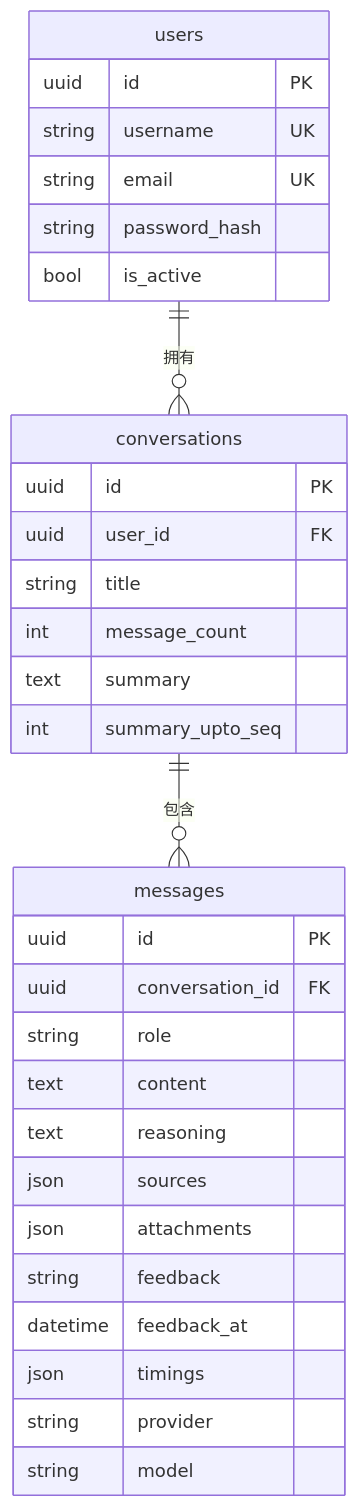
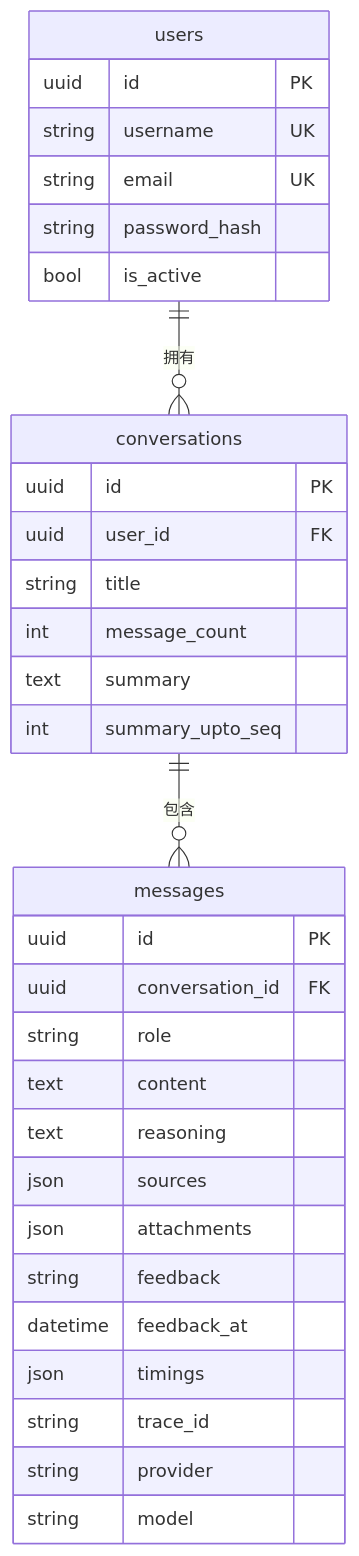
The diagram in docs/database.md (HoarHam/Bidding_QA_Chatbot), drawn with Mermaid before and after one commit. The commit also changed other lines of this file and 27 other files, not shown here.

````diff
--- a/docs/database.md
+++ b/docs/database.md
@@ -73,35 +73,36 @@
 ```mermaid
 erDiagram
     users ||--o{ conversations : 拥有
     conversations ||--o{ messages : 包含
 
     users {
         uuid id PK
         string username UK
         string email UK
         string password_hash
         bool is_active
     }
     conversations {
         uuid id PK
         uuid user_id FK
         string title
         int message_count
         text summary
         int summary_upto_seq
     }
     messages {
         uuid id PK
         uuid conversation_id FK
         string role
         text content
         text reasoning
         json sources
         json attachments
         string feedback
         datetime feedback_at
         json timings
+        string trace_id
         string provider
         string model
     }
 ```
````
